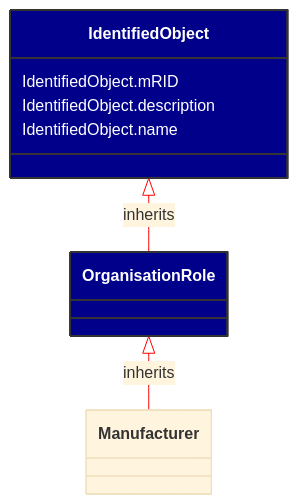
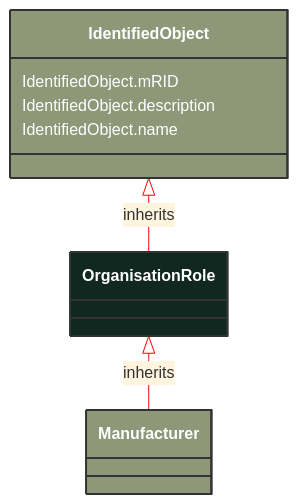
One commit to 3lbits/NoCIMExtensions changed the diagram in docs/Models/Profiles/SubseaCableInfo/AbstractClasses/OrganisationRole.md. Above: the diagram before and after it, drawn with Mermaid. The commit also changed 190 other files, not shown here.

````diff
--- a/docs/Models/Profiles/SubseaCableInfo/AbstractClasses/OrganisationRole.md
+++ b/docs/Models/Profiles/SubseaCableInfo/AbstractClasses/OrganisationRole.md
@@ -10,25 +10,23 @@
 ```mermaid
 %%{init: {'theme':'base','themeVariables': {'lineColor': '#FF0000'}}}%%
 classDiagram
     class OrganisationRole
     click OrganisationRole href "/Models/Profiles/SubseaCableInfo/AbstractClasses/OrganisationRole/"
-    style OrganisationRole fill:#006400,stroke:#333,stroke-width:2px,rx:10,ry:10,color:white
+    style OrganisationRole fill:#102820,stroke:#333,stroke-width:2px,rx:10,ry:10,color:white
 
         OrganisationRole <|-- Manufacturer : inherits
-            click OrganisationRole href "/Models/Profiles/SubseaCableInfo/AbstractClasses/OrganisationRole/"
-            style OrganisationRole fill:#00008B,stroke:#333,stroke-width:2px,rx:10,ry:10,color:white
 
         Manufacturer
             click Manufacturer href "/Models/Profiles/SubseaCableInfo/ConcreteClasses/Manufacturer/"
-            style OrganisationRole fill:#00008B,stroke:#333,stroke-width:2px,rx:10,ry:10,color:white
-
+            style Manufacturer fill:#8F9779,stroke:#333,stroke-width:2px,rx:10,ry:10,color:white
+     
         IdentifiedObject <|-- OrganisationRole : inherits
             click IdentifiedObject href "/Models/Profiles/SubseaCableInfo/AbstractClasses/IdentifiedObject/"
-            style IdentifiedObject fill:#00008B,stroke:#333,stroke-width:2px,rx:10,ry:10,color:white
+            style IdentifiedObject fill:#8F9779,stroke:#333,stroke-width:2px,rx:10,ry:10,color:white
 
 
 
         IdentifiedObject : IdentifiedObject.mRID
         IdentifiedObject : IdentifiedObject.description
         IdentifiedObject : IdentifiedObject.name
 ```
````
